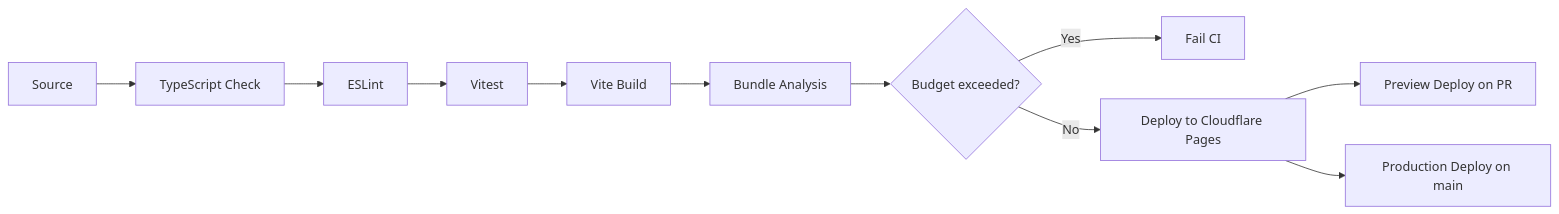
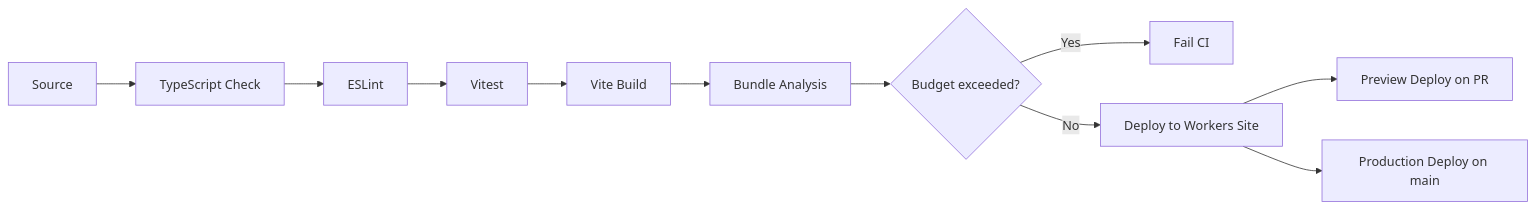
Before and after one commit to devangshupandey2025-stack/DevSage: the tenth of 10 diagrams in docs/v3/planned/frontend.md, drawn with Mermaid. The commit also changed other lines of this file, not shown here.

Commit message:
docs(frontend): replace Cloudflare Pages with Workers Sites

````diff
--- a/docs/v3/planned/frontend.md
+++ b/docs/v3/planned/frontend.md
@@ -1026,14 +1026,14 @@
 ```mermaid
 flowchart LR
     A[Source] --> B[TypeScript Check]
     B --> C[ESLint]
     C --> D[Vitest]
     D --> E[Vite Build]
     E --> F[Bundle Analysis]
     F --> G{Budget exceeded?}
     G -->|Yes| H[Fail CI]
-    G -->|No| I[Deploy to Cloudflare Pages]
+    G -->|No| I[Deploy to Workers Site]
     
     I --> J[Preview Deploy on PR]
     I --> K[Production Deploy on main]
 ```
````
